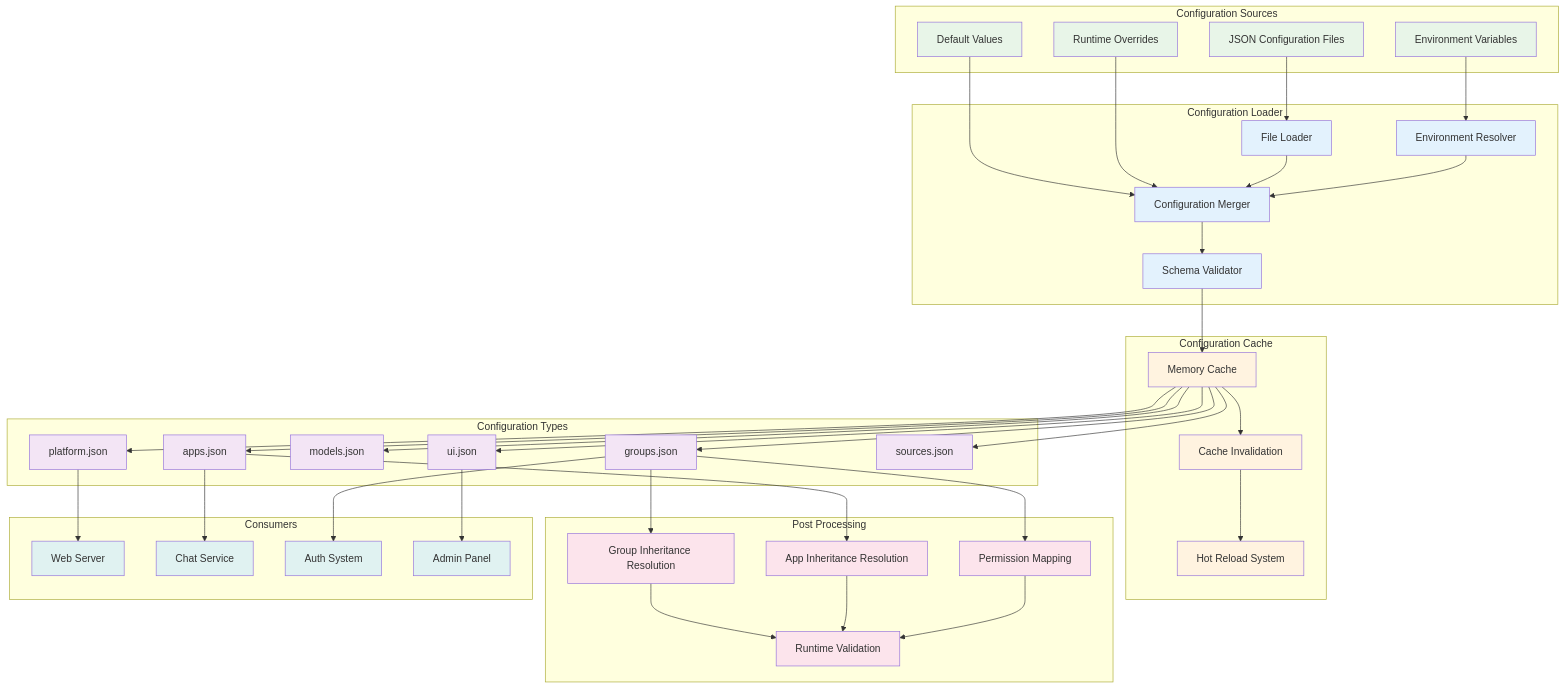
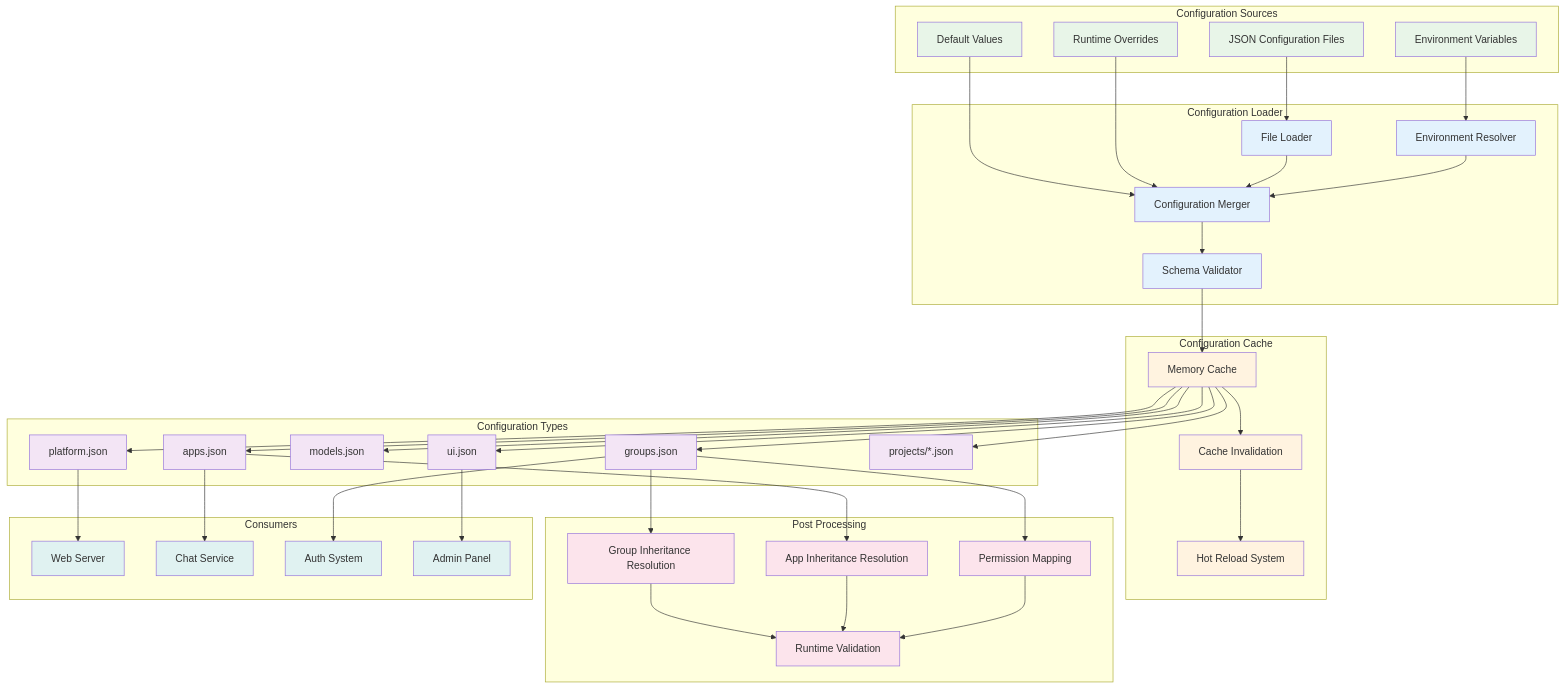
Diagram 13 of 22 in docs/diagrams.md (intrafind/ihub-apps), drawn with Mermaid before and after one commit. The commit also changed other lines of this file and 15 other files, not shown here.

```diff
--- a/docs/diagrams.md
+++ b/docs/diagrams.md
@@ -868,7 +868,7 @@
         Models[models.json]
         Groups[groups.json]
         UI[ui.json]
-        Sources[sources.json]
+        Sources[projects/*.json]
     end
     
     subgraph "Post Processing"
```
